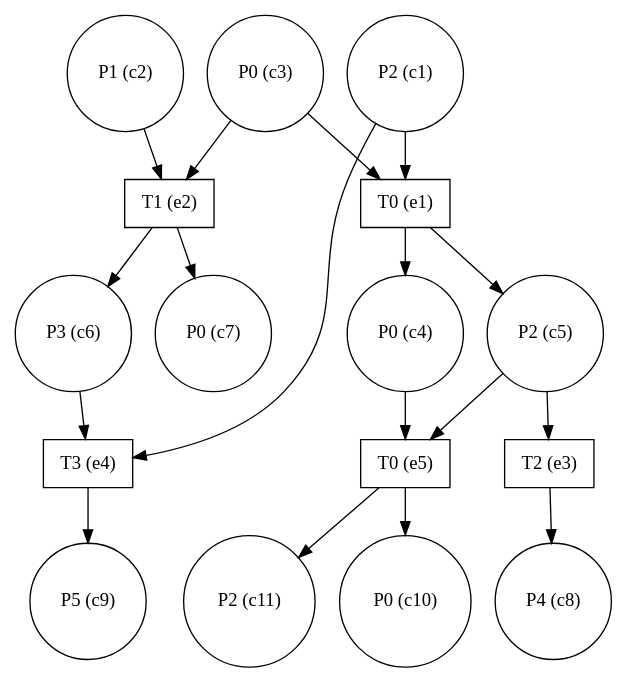
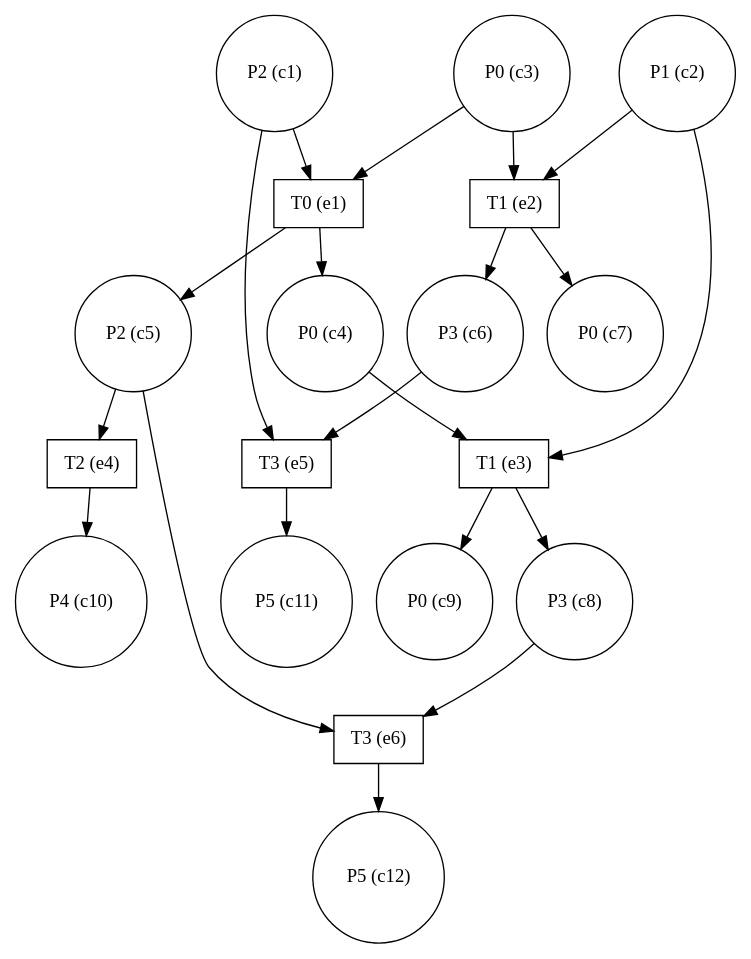
One commit to giannkas/ecofolder changed the diagram in small_eg.dot. Above: the diagram before and after it, drawn with Graphviz. The commit also changed 18 other files, not shown here.

```diff
--- a/small_eg.dot
+++ b/small_eg.dot
@@ -1,35 +1,40 @@
 digraph test {
-  c1 -> e4;
+  c1 -> e5;
   c1 -> e1;
+  c2 -> e3;
   c2 -> e2;
   c3 -> e2;
   c3 -> e1;
   e1 -> c4;
-  c4 -> e5;
+  c4 -> e3;
   e1 -> c5;
-  c5 -> e3;
-  c5 -> e5;
+  c5 -> e6;
+  c5 -> e4;
   e2 -> c6;
-  c6 -> e4;
+  c6 -> e5;
   e2 -> c7;
   e3 -> c8;
-  e4 -> c9;
-  e5 -> c10;
+  c8 -> e6;
+  e3 -> c9;
+  e4 -> c10;
   e5 -> c11;
+  e6 -> c12;
   c1 [label="P2 (c1)" shape=circle];
   c2 [label="P1 (c2)" shape=circle];
   c3 [label="P0 (c3)" shape=circle];
   c4 [label="P0 (c4)" shape=circle];
   c5 [label="P2 (c5)" shape=circle];
   c6 [label="P3 (c6)" shape=circle];
   c7 [label="P0 (c7)" shape=circle];
-  c8 [label="P4 (c8)" shape=circle];
-  c9 [label="P5 (c9)" shape=circle];
-  c10 [label="P0 (c10)" shape=circle];
-  c11 [label="P2 (c11)" shape=circle];
+  c8 [label="P3 (c8)" shape=circle];
+  c9 [label="P0 (c9)" shape=circle];
+  c10 [label="P4 (c10)" shape=circle];
+  c11 [label="P5 (c11)" shape=circle];
+  c12 [label="P5 (c12)" shape=circle];
   e1 [label="T0 (e1)" shape=box];
   e2 [label="T1 (e2)" shape=box];
-  e3 [label="T2 (e3)" shape=box];
-  e4 [label="T3 (e4)" shape=box];
-  e5 [label="T0 (e5)" shape=box];
+  e3 [label="T1 (e3)" shape=box];
+  e4 [label="T2 (e4)" shape=box];
+  e5 [label="T3 (e5)" shape=box];
+  e6 [label="T3 (e6)" shape=box];
 }
```
